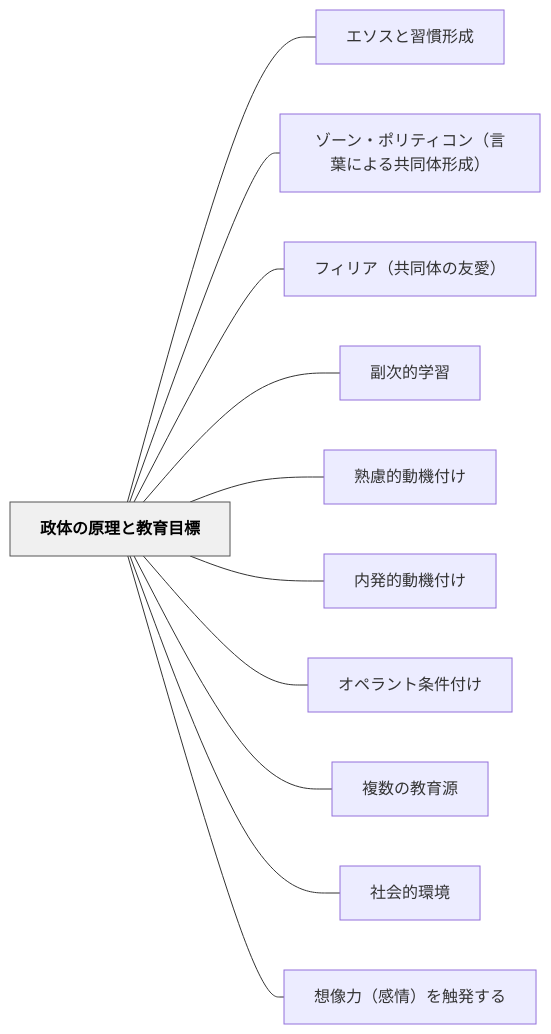
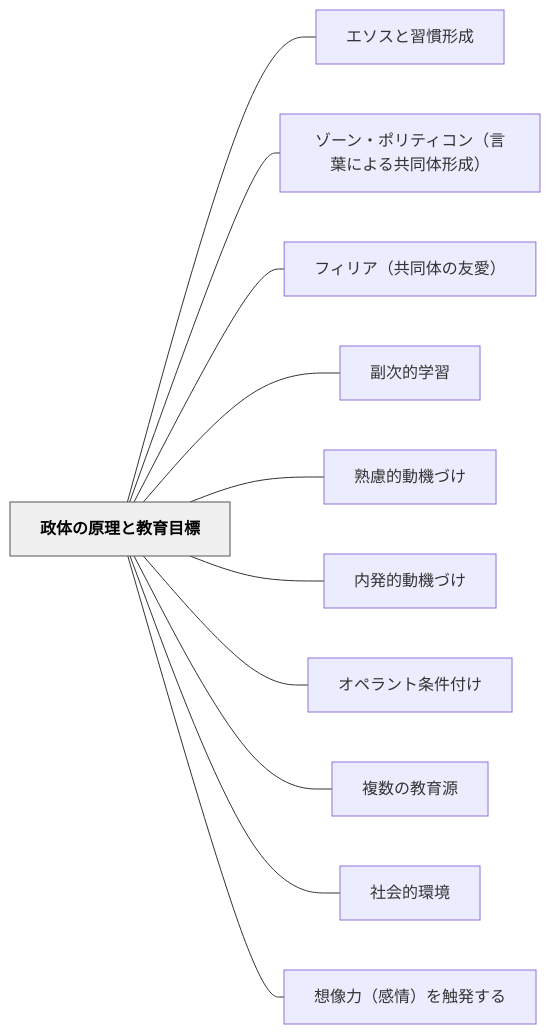
Before and after one commit to unknownthings-ed-patterns/unknownthings-ed-patterns: the diagram in content/パタン/政体の原理と教育目標.md, drawn with Mermaid. The commit also changed other lines of this file and 234 other files, not shown here.

````diff
--- a/content/パタン/政体の原理と教育目標.md
+++ b/content/パタン/政体の原理と教育目標.md
@@ -138,28 +138,28 @@
 ```mermaid
 flowchart LR
     ne694bfe4bd93e381aee58e9fe79086e381a8e69599e882b2e79baee6a899["政体の原理と教育目標"]
     ne382a8e382bde382b9e381a8e7bf92e685a3e5bda2e68890["エソスと習慣形成"]
     ne382bee383bce383b3e383bbe3839de383aae38386e382a3e382b3e383b3efbc88e8a880e89189e381abe38288e3828be585b1e5908ce4bd93e5bda2e68890efbc89["ゾーン・ポリティコン（言葉による共同体形成）"]
     ne38395e382a3e383aae382a2efbc88e585b1e5908ce4bd93e381aee58f8be6849befbc89["フィリア（共同体の友愛）"]
     ne589afe6aca1e79a84e5ada6e7bf92["副次的学習"]
-    ne7869fe685aee79a84e58b95e6a99fe4bb98e38191["熟慮的動機付け"]
-    ne58685e799bae79a84e58b95e6a99fe4bb98e38191["内発的動機付け"]
+    ne7869fe685aee79a84e58b95e6a99fe381a5e38191["熟慮的動機づけ"]
+    ne58685e799bae79a84e58b95e6a99fe381a5e38191["内発的動機づけ"]
     ne382aae3839ae383a9e383b3e38388e69da1e4bbb6e4bb98e38191["オペラント条件付け"]
     ne8a487e695b0e381aee69599e882b2e6ba90["複数の教育源"]
     ne7a4bee4bc9ae79a84e792b0e5a283["社会的環境"]
     ne683b3e5838fe58a9befbc88e6849fe68385efbc89e38292e8a7a6e799bae38199e3828b["想像力（感情）を触発する"]
 
     ne694bfe4bd93e381aee58e9fe79086e381a8e69599e882b2e79baee6a899 --- ne382a8e382bde382b9e381a8e7bf92e685a3e5bda2e68890
     ne694bfe4bd93e381aee58e9fe79086e381a8e69599e882b2e79baee6a899 --- ne382bee383bce383b3e383bbe3839de383aae38386e382a3e382b3e383b3efbc88e8a880e89189e381abe38288e3828be585b1e5908ce4bd93e5bda2e68890efbc89
     ne694bfe4bd93e381aee58e9fe79086e381a8e69599e882b2e79baee6a899 --- ne38395e382a3e383aae382a2efbc88e585b1e5908ce4bd93e381aee58f8be6849befbc89
     ne694bfe4bd93e381aee58e9fe79086e381a8e69599e882b2e79baee6a899 --- ne589afe6aca1e79a84e5ada6e7bf92
-    ne694bfe4bd93e381aee58e9fe79086e381a8e69599e882b2e79baee6a899 --- ne7869fe685aee79a84e58b95e6a99fe4bb98e38191
-    ne694bfe4bd93e381aee58e9fe79086e381a8e69599e882b2e79baee6a899 --- ne58685e799bae79a84e58b95e6a99fe4bb98e38191
+    ne694bfe4bd93e381aee58e9fe79086e381a8e69599e882b2e79baee6a899 --- ne7869fe685aee79a84e58b95e6a99fe381a5e38191
+    ne694bfe4bd93e381aee58e9fe79086e381a8e69599e882b2e79baee6a899 --- ne58685e799bae79a84e58b95e6a99fe381a5e38191
     ne694bfe4bd93e381aee58e9fe79086e381a8e69599e882b2e79baee6a899 --- ne382aae3839ae383a9e383b3e38388e69da1e4bbb6e4bb98e38191
     ne694bfe4bd93e381aee58e9fe79086e381a8e69599e882b2e79baee6a899 --- ne8a487e695b0e381aee69599e882b2e6ba90
     ne694bfe4bd93e381aee58e9fe79086e381a8e69599e882b2e79baee6a899 --- ne7a4bee4bc9ae79a84e792b0e5a283
     ne694bfe4bd93e381aee58e9fe79086e381a8e69599e882b2e79baee6a899 --- ne683b3e5838fe58a9befbc88e6849fe68385efbc89e38292e8a7a6e799bae38199e3828b
 
     classDef hub fill:#f0f0f0,stroke:#555,color:#000,font-weight:bold
     class ne694bfe4bd93e381aee58e9fe79086e381a8e69599e882b2e79baee6a899 hub
 ```
````
